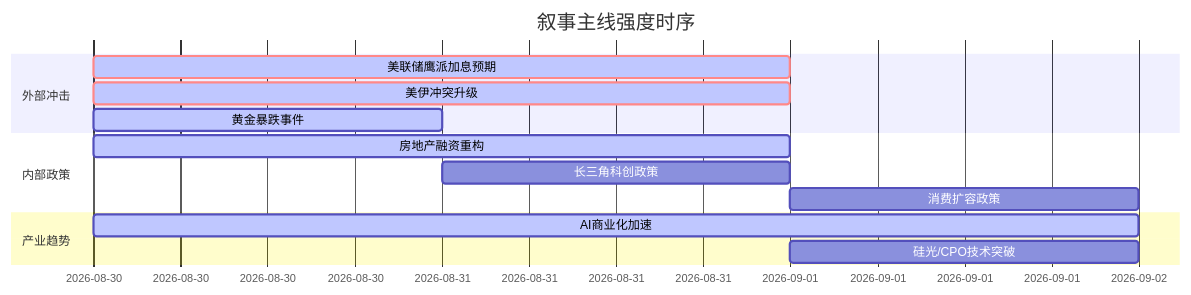
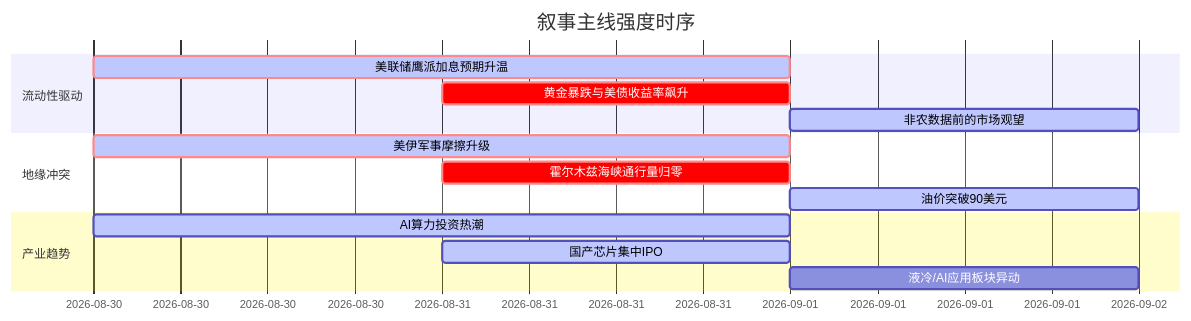
One commit to uu5zn/uu5zn.github.io changed the diagram in 5day_report.md. Above: the diagram before and after it, drawn with Mermaid. The commit also changed other lines of this file and 19 other files, not shown here.

````diff
--- a/5day_report.md
+++ b/5day_report.md
@@ -56,18 +58,19 @@
 ```mermaid
 gantt
     title 叙事主线强度时序
     dateFormat YYYY-MM-DD
-    section 外部冲击
-    美联储鹰派加息预期   :crit, active, 2026-08-30, 2d
-    美伊冲突升级       :crit, active, 2026-08-30, 2d
-    黄金暴跌事件       :active, 2026-08-30, 1d
+    section 流动性驱动
+    美联储鹰派加息预期升温   :crit, active, 2026-08-30, 2d
+    黄金暴跌与美债收益率飙升   :crit, 2026-08-31, 1d
+    非农数据前的市场观望       :active, 2026-09-01, 1d
     
-    section 内部政策
-    房地产融资重构     :active, 2026-08-30, 2d
-    长三角科创政策     :2026-08-31, 1d
-    消费扩容政策       :2026-09-01, 1d
+    section 地缘冲突
+    美伊军事摩擦升级           :crit, active, 2026-08-30, 2d
+    霍尔木兹海峡通行量归零     :crit, 2026-08-31, 1d
+    油价突破90美元             :active, 2026-09-01, 1d
     
     section 产业趋势
-    AI商业化加速       :active, 2026-08-30, 3d
-    硅光/CPO技术突破   :2026-09-01, 1d
+    AI算力投资热潮             :active, 2026-08-30, 2d
+    国产芯片集中IPO            :active, 2026-08-31, 1d
+    液冷/AI应用板块异动        :2026-09-01, 1d
 ```
````
